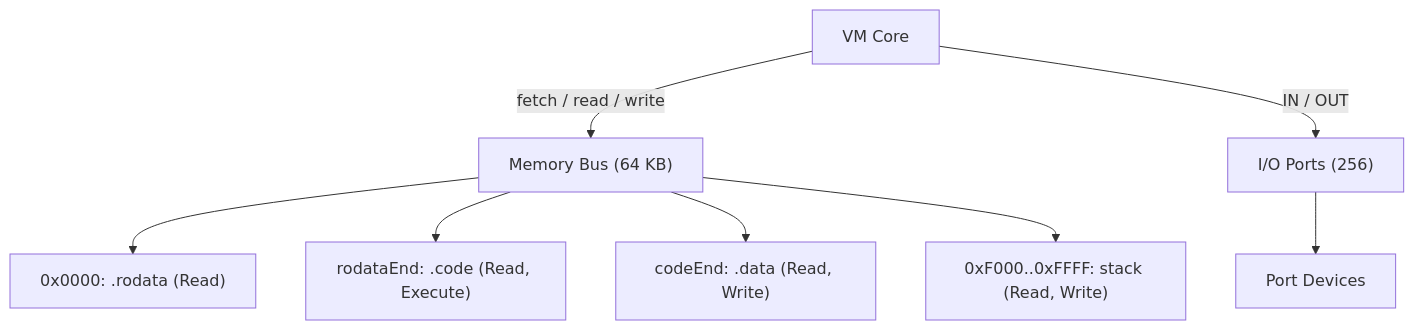
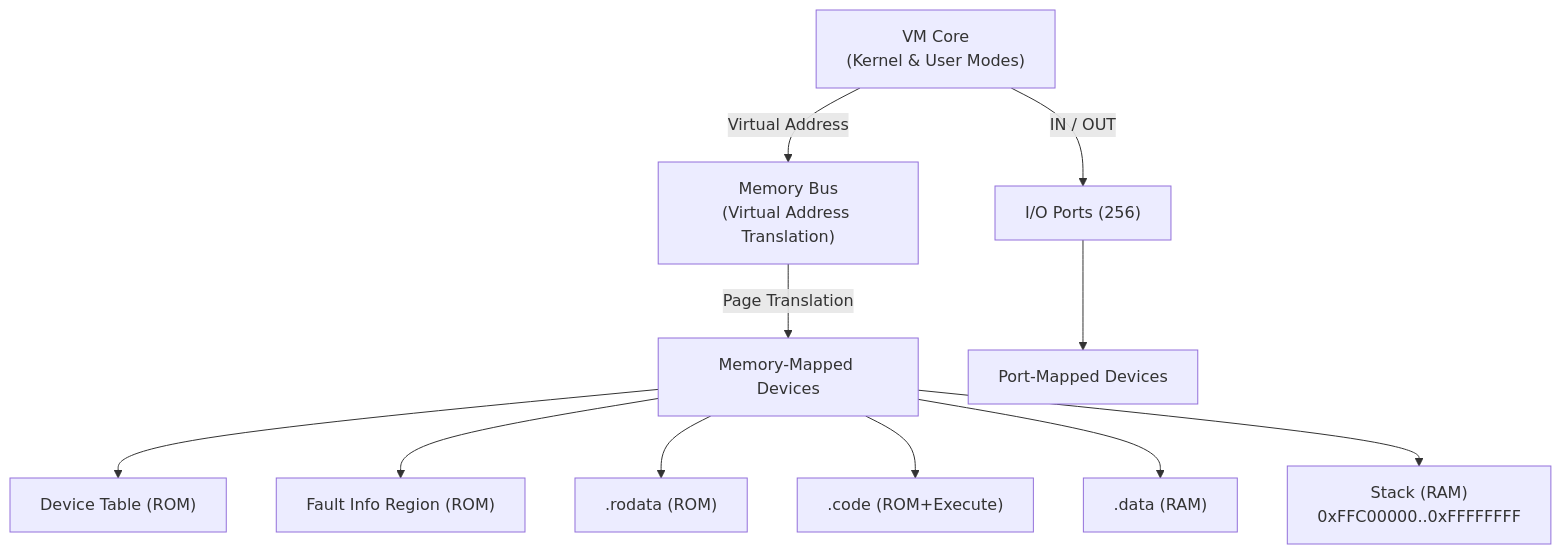
Before and after one commit to SolracHQ/fvm: the diagram in README.md, drawn with Mermaid. The commit also changed other lines of this file and 31 other files, not shown here.

````diff
--- a/README.md
+++ b/README.md
@@ -25,21 +25,27 @@
 ```mermaid
 graph TD
-    VMCORE["VM Core"]
-    BUS["Memory Bus (64 KB)"]
+    VMCORE["VM Core<br/>(Kernel & User Modes)"]
+    BUS["Memory Bus<br/>(Virtual Address Translation)"]
+    DEVICES["Memory-Mapped Devices"]
     PORTS["I/O Ports (256)"]
 
-    RODATA["0x0000: .rodata (Read)"]
-    CODE["rodataEnd: .code (Read, Execute)"]
-    DATA["codeEnd: .data (Read, Write)"]
-    STACK["0xF000..0xFFFF: stack (Read, Write)"]
+    DEVTABLE["Device Table (ROM)"]
+    FAULT["Fault Info Region (ROM)"]
+    RODATA[".rodata (ROM)"]
+    CODE[".code (ROM+Execute)"]
+    DATA[".data (RAM)"]
+    STACK["Stack (RAM)<br/>0xFFC00000..0xFFFFFFFF"]
 
-    PORTDEV["Port Devices"]
+    PORTDEV["Port-Mapped Devices"]
 
-    VMCORE -->|"fetch / read / write"| BUS
+    VMCORE -->|"Virtual Address"| BUS
     VMCORE -->|"IN / OUT"| PORTS
-    BUS --> RODATA
-    BUS --> CODE
-    BUS --> DATA
-    BUS --> STACK
+    BUS -->|"Page Translation"| DEVICES
+    DEVICES --> DEVTABLE
+    DEVICES --> FAULT
+    DEVICES --> RODATA
+    DEVICES --> CODE
+    DEVICES --> DATA
+    DEVICES --> STACK
     PORTS --> PORTDEV
 ```
````
